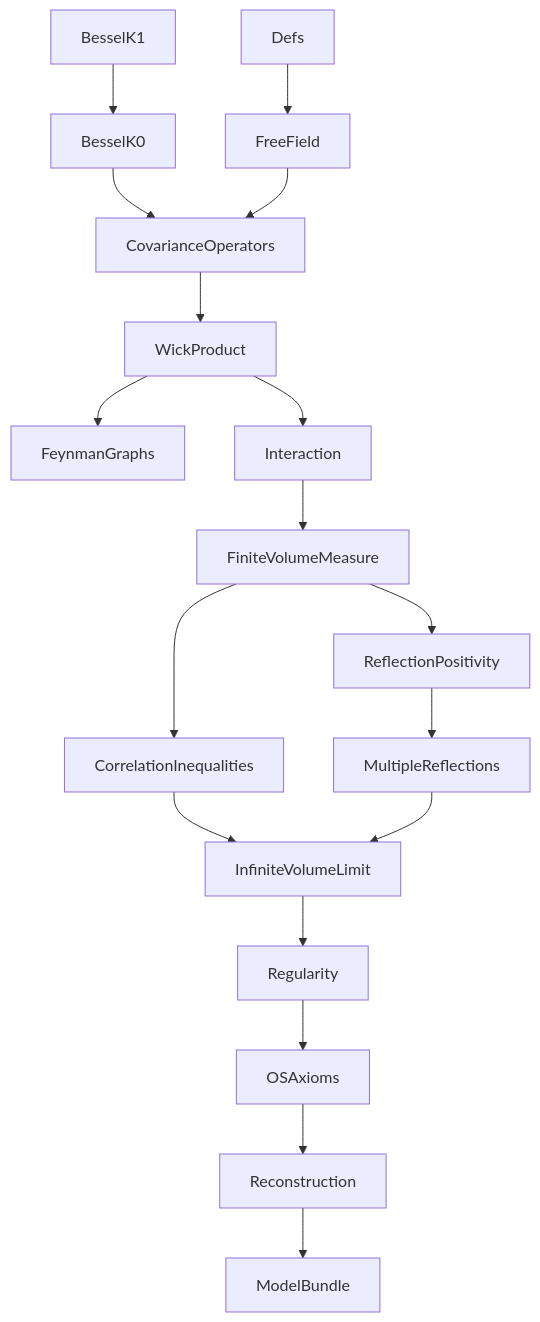
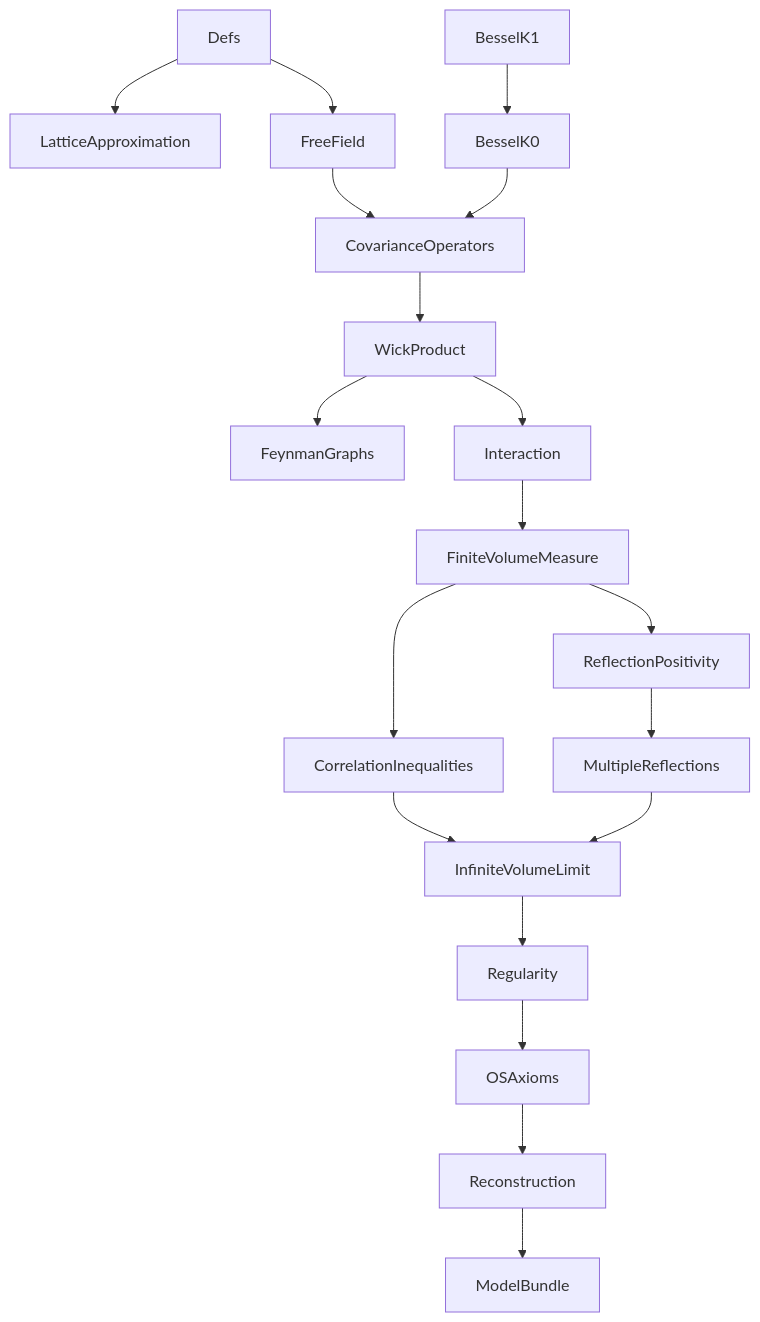
The first of 3 diagrams in TODO.md (xiyin137/Phi4), drawn with Mermaid before and after one commit. The commit also changed other lines of this file and 1 other file, not shown here.

Commit message:
Update docs for lattice framework and split OS interfaces

````diff
--- a/TODO.md
+++ b/TODO.md
@@ -21,18 +23,19 @@
 ```mermaid
 flowchart TD
+  Defs[Defs] --> Lattice[LatticeApproximation]
   Defs[Defs] --> FreeField[FreeField]
   BesselK1[BesselK1] --> BesselK0[BesselK0] --> CovOps[CovarianceOperators]
   FreeField --> CovOps --> Wick[WickProduct]
   Wick --> Graphs[FeynmanGraphs]
   Wick --> Interaction[Interaction]
   Interaction --> FVM[FiniteVolumeMeasure]
   FVM --> Corr[CorrelationInequalities]
   FVM --> RP[ReflectionPositivity]
   RP --> MultiRef[MultipleReflections]
   Corr --> InfVol[InfiniteVolumeLimit]
   MultiRef --> InfVol
   InfVol --> Reg[Regularity]
   Reg --> OSAx[OSAxioms]
   OSAx --> Recon[Reconstruction]
   Recon --> Bundle[ModelBundle]
 ```
````
